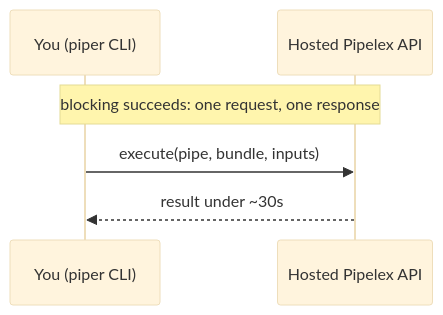
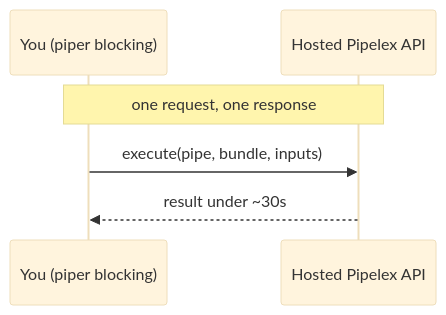
The second of 5 diagrams in README.md (Pipelex/pipelex-starter-python), drawn with Mermaid (base theme) before and after one commit. The commit also changed other lines of this file and 53 other files, not shown here.

````diff
--- a/README.md
+++ b/README.md
@@ -164,8 +183,8 @@
 ```mermaid
 sequenceDiagram
-    participant U as You (piper CLI)
+    participant U as You (piper blocking)
     participant API as Hosted Pipelex API
-    Note over U,API: blocking succeeds: one request, one response
+    Note over U,API: one request, one response
     U->>API: execute(pipe, bundle, inputs)
     API-->>U: result under ~30s
 ```
````
